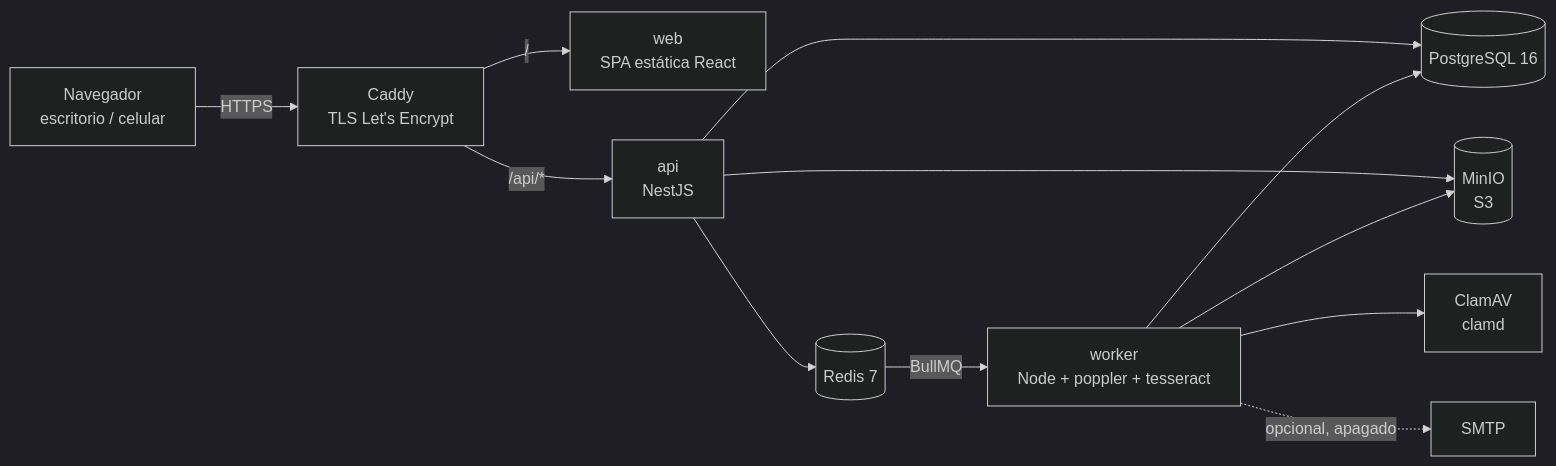
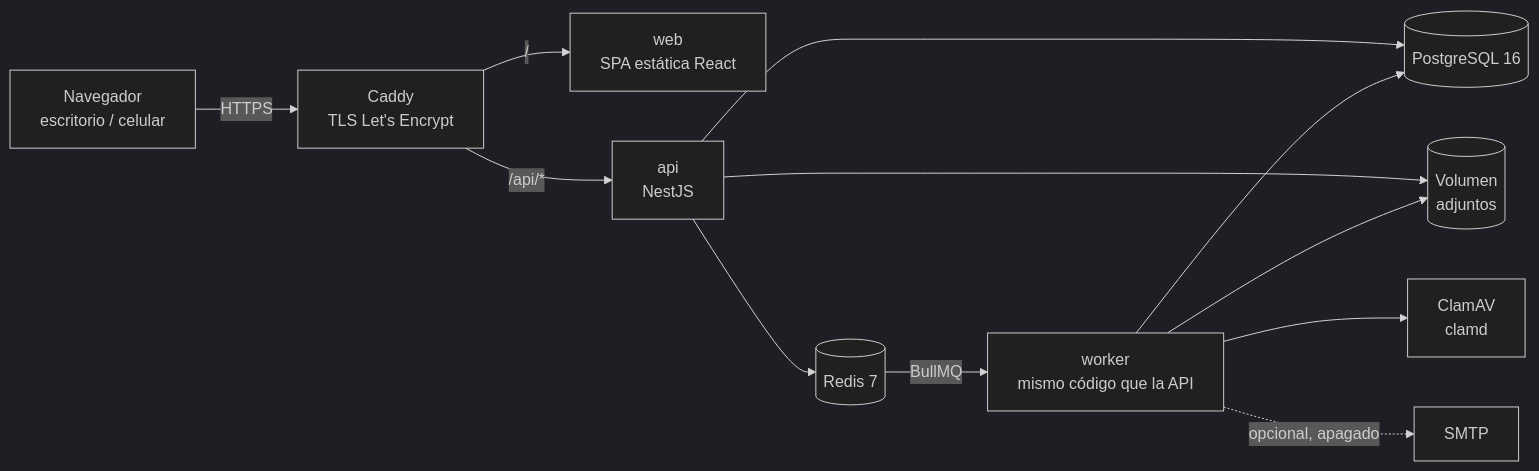
The diagram in docs/architecture.md (agusnfts/sistema-gestion-tli), drawn with Mermaid (dark theme) before and after one commit. The commit also changed other lines of this file and 48 other files, not shown here.

First line of the commit message:
feat(tickets): fase 2b — adjuntos con antivirus, worker y mail opcional

````diff
--- a/docs/architecture.md
+++ b/docs/architecture.md
@@ -5,14 +5,14 @@
 ```mermaid
 flowchart LR
     U[Navegador<br/>escritorio / celular] -- HTTPS --> C[Caddy<br/>TLS Let's Encrypt]
     C -- "/" --> W[web<br/>SPA estática React]
     C -- "/api/*" --> A[api<br/>NestJS]
     A --> P[(PostgreSQL 16)]
     A --> R[(Redis 7)]
-    A --> S[(MinIO<br/>S3)]
-    R -- BullMQ --> K[worker<br/>Node + poppler + tesseract]
+    A --> S[(Volumen<br/>adjuntos)]
+    R -- BullMQ --> K[worker<br/>mismo código que la API]
     K --> P
     K --> S
     K --> V[ClamAV<br/>clamd]
     K -. opcional, apagado .-> M[SMTP]
 ```
````
